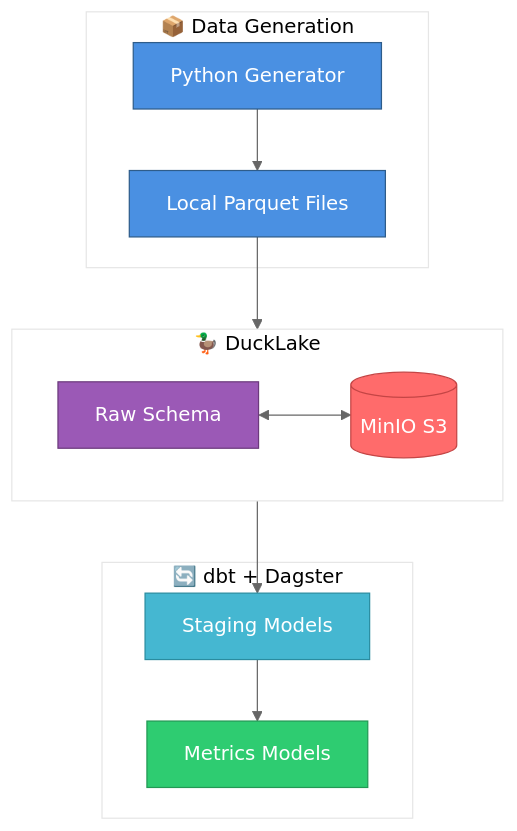
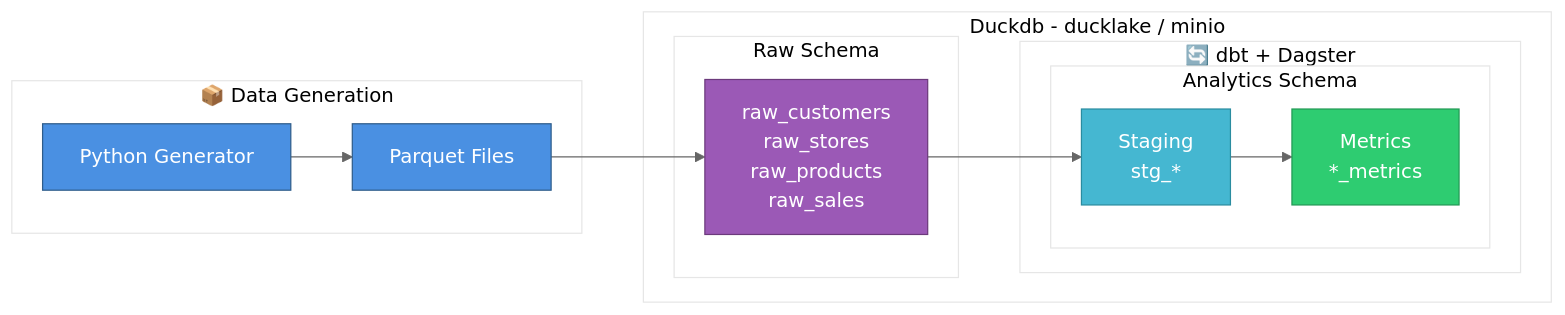
The diagram in README.md (adammarples/testbed), drawn with Mermaid before and after one commit.

Commit message:
better arch diagram

````diff
--- a/README.md
+++ b/README.md
@@ -41,32 +41,32 @@
 ```mermaid
 %%{init: {'theme':'base', 'themeVariables': {'primaryColor':'#f0f0f0','primaryTextColor':'#333','primaryBorderColor':'#666','lineColor':'#666','secondaryColor':'#fff','tertiaryColor':'#fff'}}}%%
-flowchart TB
+flowchart LR
     subgraph gen["📦 Data Generation"]
         A[Python Generator]
-        B[Local Parquet Files]
+        B[Parquet Files]
+        A --> B
     end
 
-    subgraph lake["🦆 DuckLake"]
-        direction LR
-        C[Raw Schema]
-        M[(MinIO S3)]
+    subgraph lake["Duckdb - ducklake / minio"]
+        subgraph raw["Raw Schema"]
+            C[raw_customers<br/>raw_stores<br/>raw_products<br/>raw_sales]
+        end
+
+        subgraph orch["🔄 dbt + Dagster"]
+            subgraph analytics["Analytics Schema"]
+                D[Staging<br/>stg_*]
+                E[Metrics<br/>*_metrics]
+            end
+        end
     end
 
-    subgraph dbt["🔄 dbt + Dagster"]
-        D[Staging Models]
-        E[Metrics Models]
-    end
-
-    A --> B
     B --> C
-    C <--> M
     C --> D
     D --> E
 
     style A fill:#4a90e2,stroke:#2e5c8a,color:#fff
     style B fill:#4a90e2,stroke:#2e5c8a,color:#fff
     style C fill:#9b59b6,stroke:#6c3a7c,color:#fff
-    style M fill:#ff6b6b,stroke:#c44545,color:#fff
     style D fill:#45b7d1,stroke:#2a8ca0,color:#fff
     style E fill:#2ecc71,stroke:#229954,color:#fff
 ```
````
